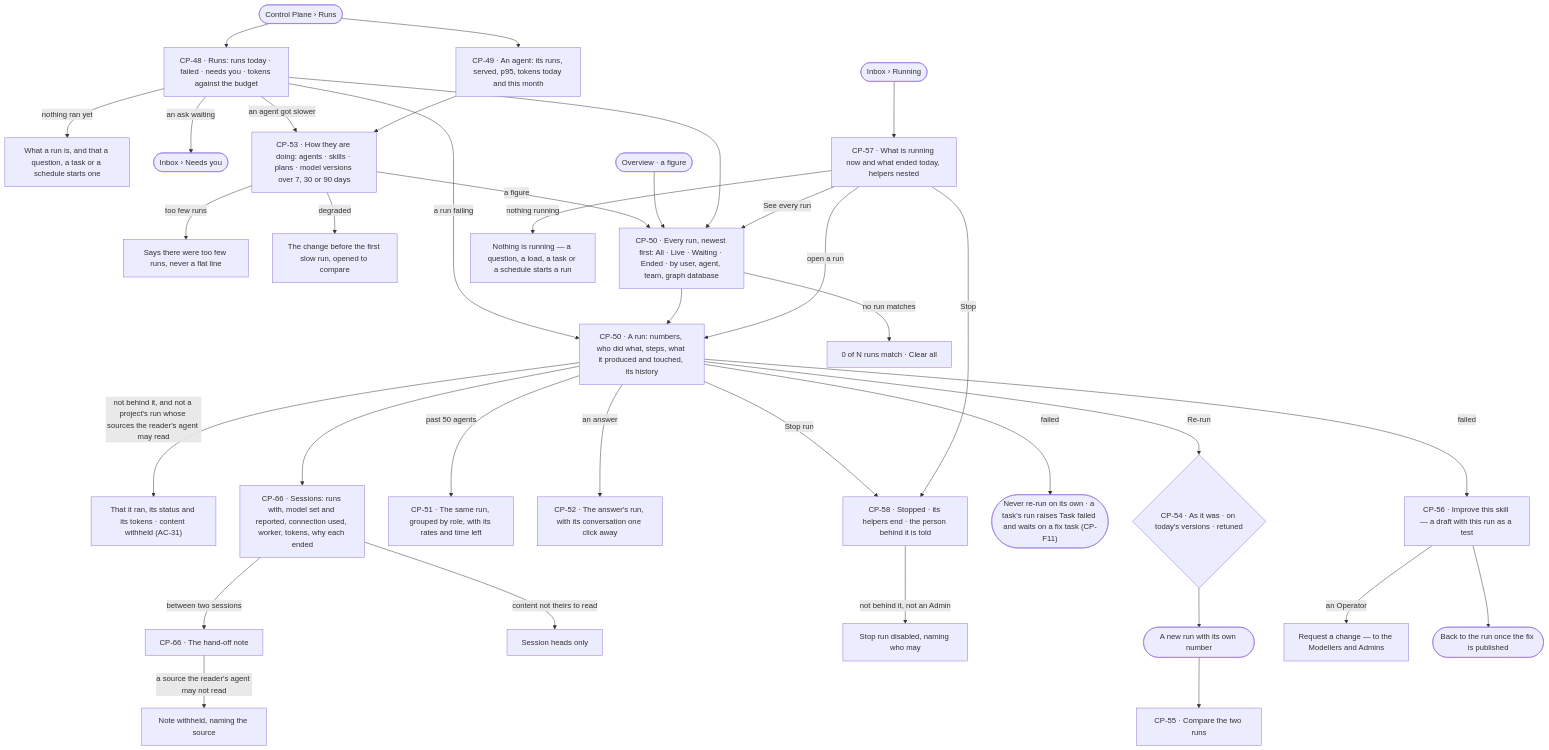
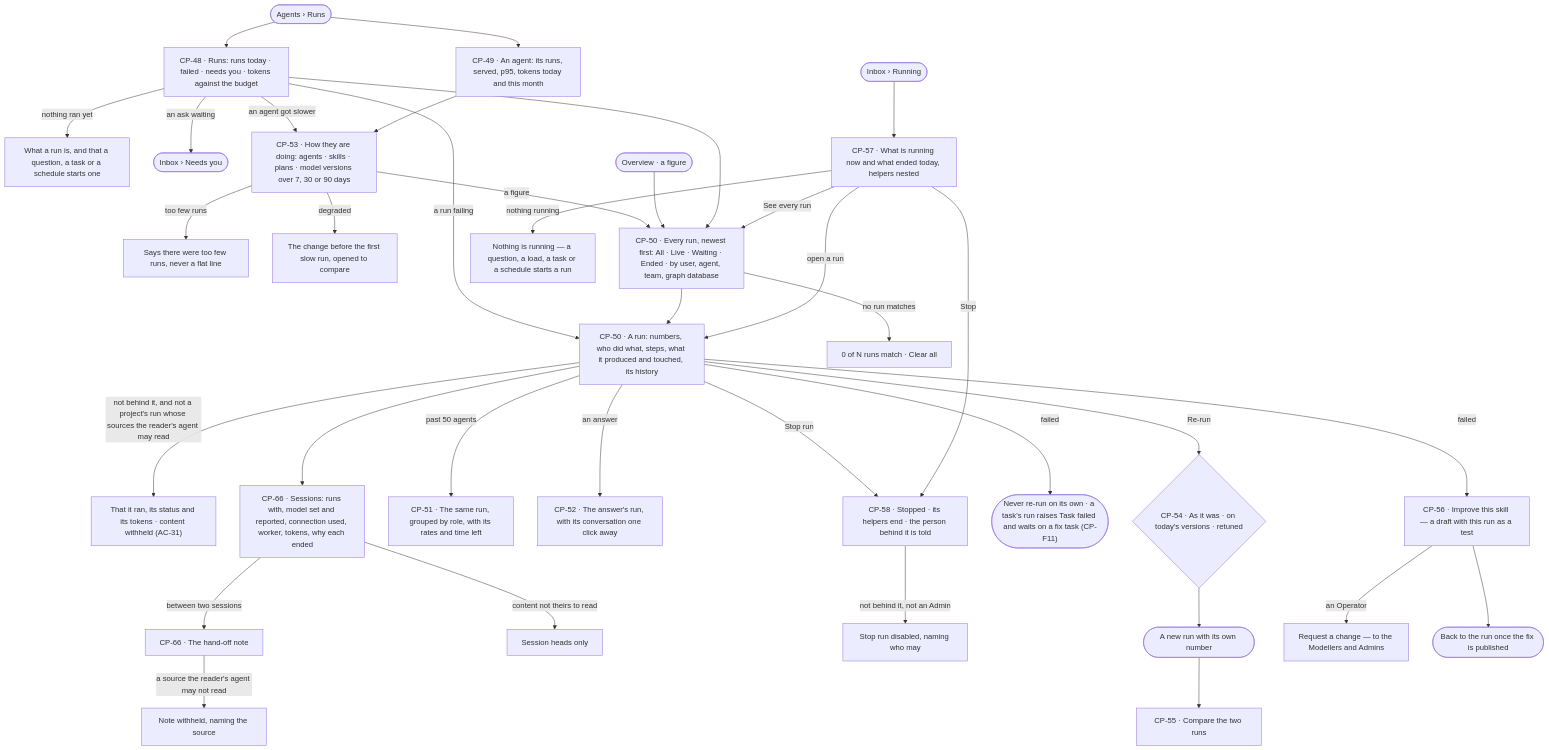
Before and after one commit to invana/invana: the first of 4 diagrams in specs/os/control/features/CP-F10-runs-and-how-the-agents-are-doing/feature.md, drawn with Mermaid. The commit also changed other lines of this file and 106 other files, not shown here.

````diff
--- a/specs/os/control/features/CP-F10-runs-and-how-the-agents-are-doing/feature.md
+++ b/specs/os/control/features/CP-F10-runs-and-how-the-agents-are-doing/feature.md
@@ -29,38 +29,38 @@
 ```mermaid
 flowchart TD
-  start([Control Plane › Runs]) --> dash["CP-48 · Runs: runs today · failed · needs you · tokens against the budget"]
+  start([Agents › Runs]) --> dash["CP-48 · Runs: runs today · failed · needs you · tokens against the budget"]
   dash -->|nothing ran yet| empty["What a run is, and that a question, a task or a schedule starts one"]
   dash -->|a run failing| run
   dash -->|an ask waiting| inbox(["Inbox › Needs you"])
   dash -->|an agent got slower| perf
   start --> agent["CP-49 · An agent: its runs, served, p95, tokens today and this month"]
   agent --> perf["CP-53 · How they are doing: agents · skills · plans · model versions over 7, 30 or 90 days"]
   perf -->|too few runs| few["Says there were too few runs, never a flat line"]
   perf -->|degraded| change["The change before the first slow run, opened to compare"]
   perf -->|a figure| list
   ov([Overview · a figure]) --> list
   dash --> list["CP-50 · Every run, newest first: All · Live · Waiting · Ended · by user, agent, team, graph database"]
   list -->|no run matches| none["0 of N runs match · Clear all"]
   list --> run["CP-50 · A run: numbers, who did what, steps, what it produced and touched, its history"]
   run -->|not behind it, and not a project's run whose sources the reader's agent may read| wh["That it ran, its status and its tokens · content withheld (AC-31)"]
   run --> ses["CP-66 · Sessions: runs with, model set and reported, connection used, worker, tokens, why each ended"]
   ses -->|between two sessions| note["CP-66 · The hand-off note"]
   note -->|a source the reader's agent may not read| nw["Note withheld, naming the source"]
   ses -->|content not theirs to read| sh["Session heads only"]
   run -->|past 50 agents| big["CP-51 · The same run, grouped by role, with its rates and time left"]
   run -->|an answer| ans["CP-52 · The answer's run, with its conversation one click away"]
   run -->|Stop run| stop["CP-58 · Stopped · its helpers end · the person behind it is told"]
   stop -->|not behind it, not an Admin| sr["Stop run disabled, naming who may"]
   run -->|failed| fx(["Never re-run on its own · a task's run raises Task failed and waits on a fix task (CP-F11)"])
   run -->|Re-run| rr{"CP-54 · As it was · on today's versions · retuned"}
   rr --> newrun(["A new run with its own number"])
   newrun --> cmp["CP-55 · Compare the two runs"]
   run -->|failed| imp["CP-56 · Improve this skill — a draft with this run as a test"]
   imp -->|an Operator| req["Request a change — to the Modellers and Admins"]
   imp --> back(["Back to the run once the fix is published"])
   inb([Inbox › Running]) --> r57["CP-57 · What is running now and what ended today, helpers nested"]
   r57 -->|nothing running| e57["Nothing is running — a question, a load, a task or a schedule starts a run"]
   r57 -->|Stop| stop
   r57 -->|open a run| run
   r57 -->|See every run| list
 ```
````
